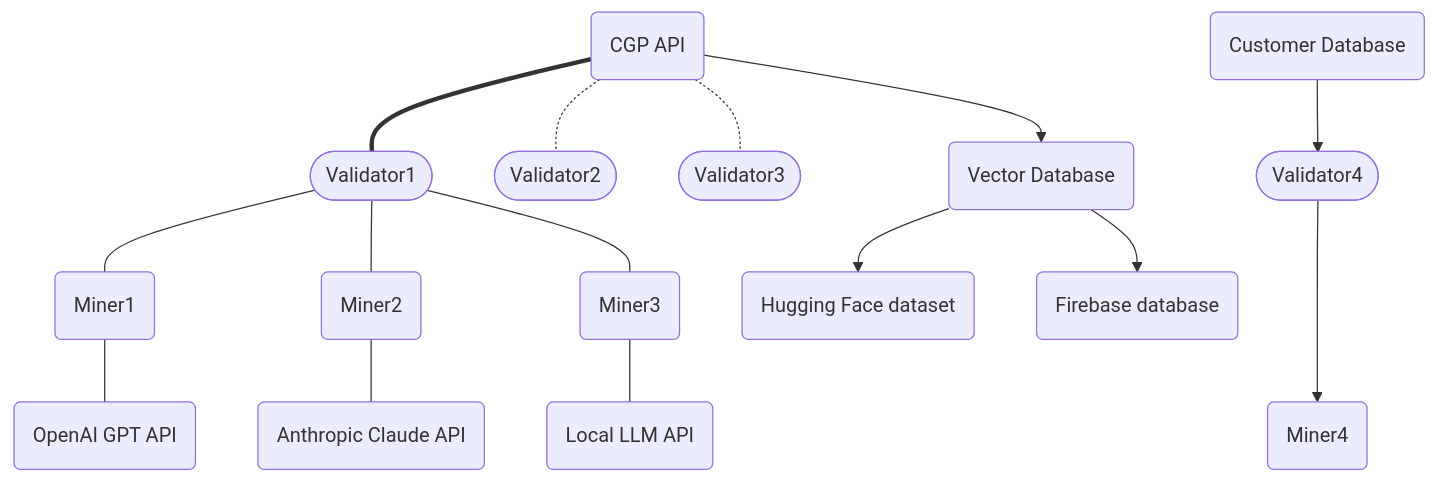
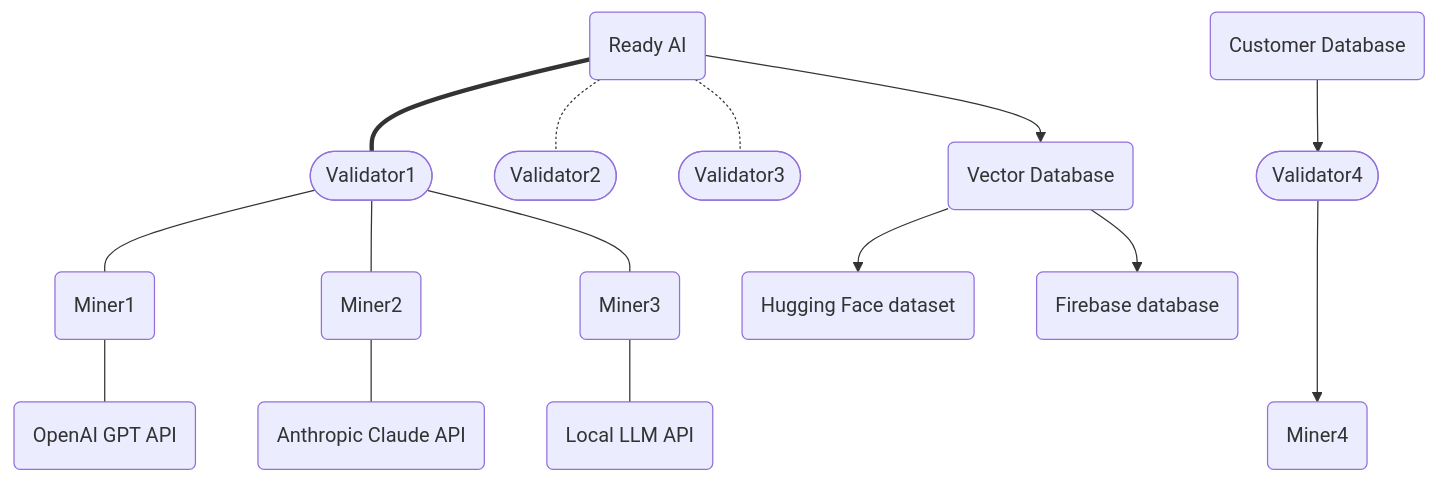
One commit to afterpartyai/bittensor-conversation-genome-project changed the first of 2 diagrams in README.md. Above: the diagram before and after it, drawn with Mermaid. The commit also changed other lines of this file, not shown here.

````diff
--- a/README.md
+++ b/README.md
@@ -33,18 +34,18 @@
 ```mermaid
 flowchart TD
-    A(CGP API) === Validator1([Validator1])
+    A(Ready AI) === Validator1([Validator1])
     A -.- Validator2([Validator2])
     A -.- Validator3([Validator3])
     Validator1 --- C(Miner1)
     Validator1 --- D(Miner2)
     Validator1 --- E(Miner3)
     VECTOR2(Customer Database) --> Validator4([Validator4])
     Validator4 ---> F(Miner4)
     C --- GPT(OpenAI GPT API)
     D --- CLAUDE(Anthropic Claude API)
     E --- LLM(Local LLM API)
     A --> VECTOR(Vector Database)
     VECTOR --> PUBLIC(Hugging Face dataset)
     VECTOR --> FIREBASE(Firebase database)
     click PUBLIC "https://huggingface.co/" _blank
 ```
````
